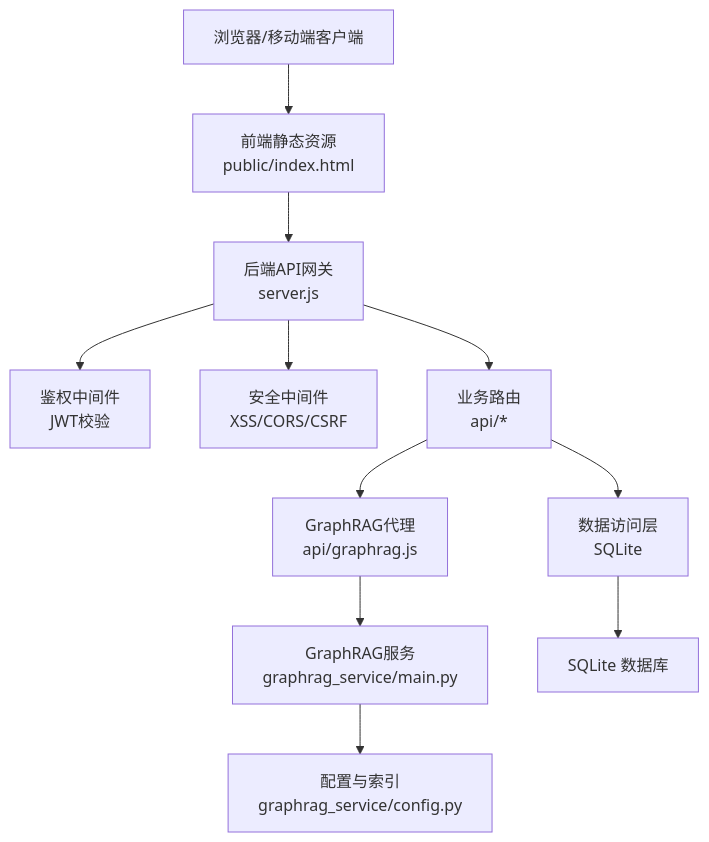
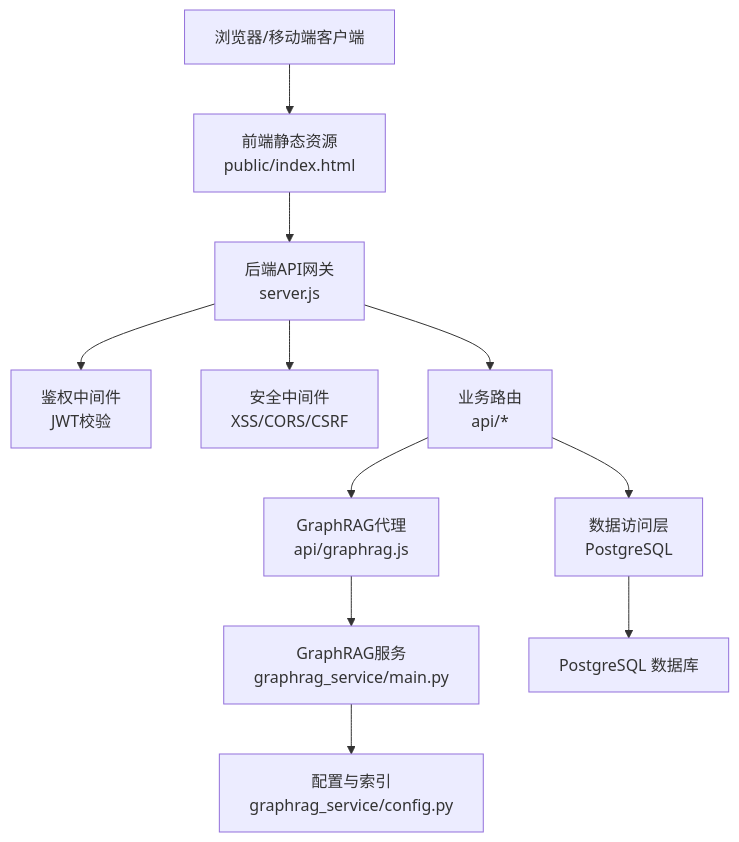
The second of 8 diagrams in .qoder/repowiki/zh/content/系统架构/整体架构设计.md (caoxv0255/aitutor), drawn with Mermaid before and after one commit. The commit also changed other lines of this file and 28 other files, not shown here.

````diff
--- a/.qoder/repowiki/zh/content/系统架构/整体架构设计.md
+++ b/.qoder/repowiki/zh/content/系统架构/整体架构设计.md
@@ -125,13 +125,13 @@
 ```mermaid
 graph TB
 Client["浏览器/移动端客户端"] --> FE["前端静态资源<br/>public/index.html"]
 FE --> APIGW["后端API网关<br/>server.js"]
 APIGW --> AUTH["鉴权中间件<br/>JWT校验"]
 APIGW --> SEC["安全中间件<br/>XSS/CORS/CSRF"]
 APIGW --> ROUTERS["业务路由<br/>api/*"]
-ROUTERS --> DB["数据访问层<br/>SQLite"]
+ROUTERS --> DB["数据访问层<br/>PostgreSQL"]
 ROUTERS --> GR["GraphRAG代理<br/>api/graphrag.js"]
 GR --> GRSVC["GraphRAG服务<br/>graphrag_service/main.py"]
 GRSVC --> CFG["配置与索引<br/>graphrag_service/config.py"]
-DB --> SQLITE["SQLite 数据库"]
+DB --> SQLITE["PostgreSQL 数据库"]
 ```
````
